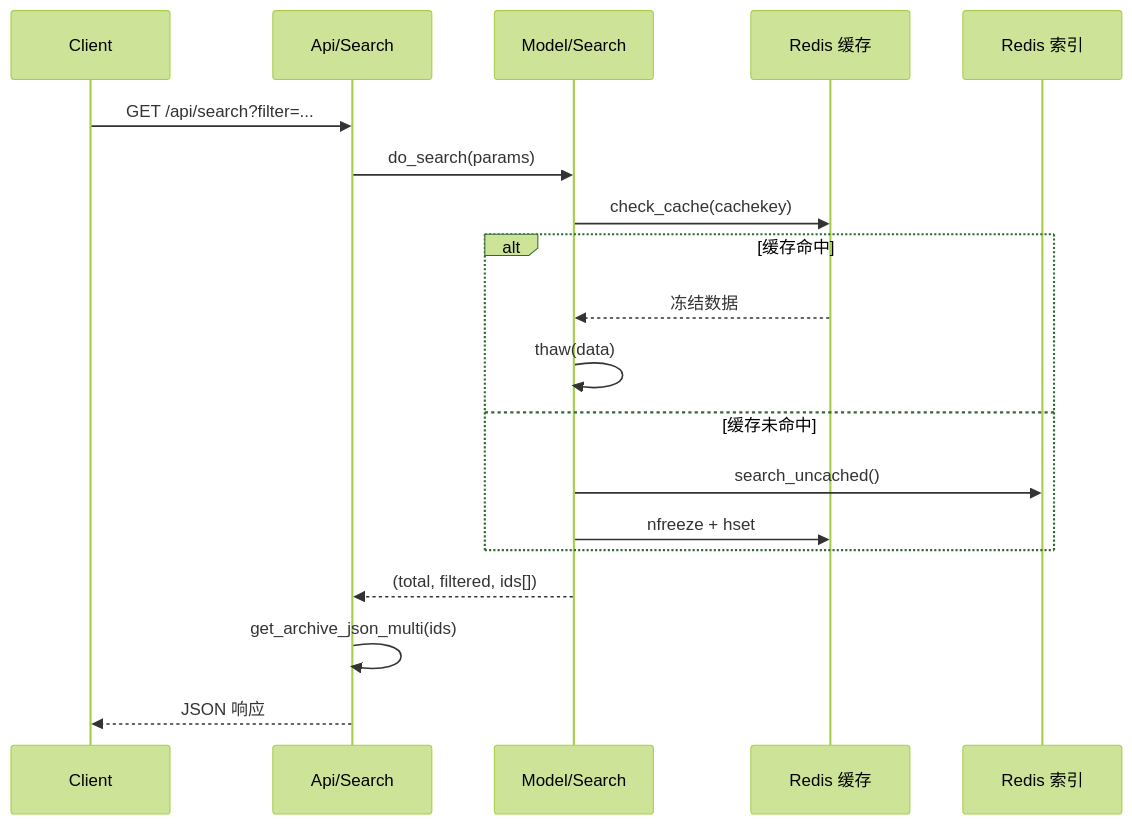
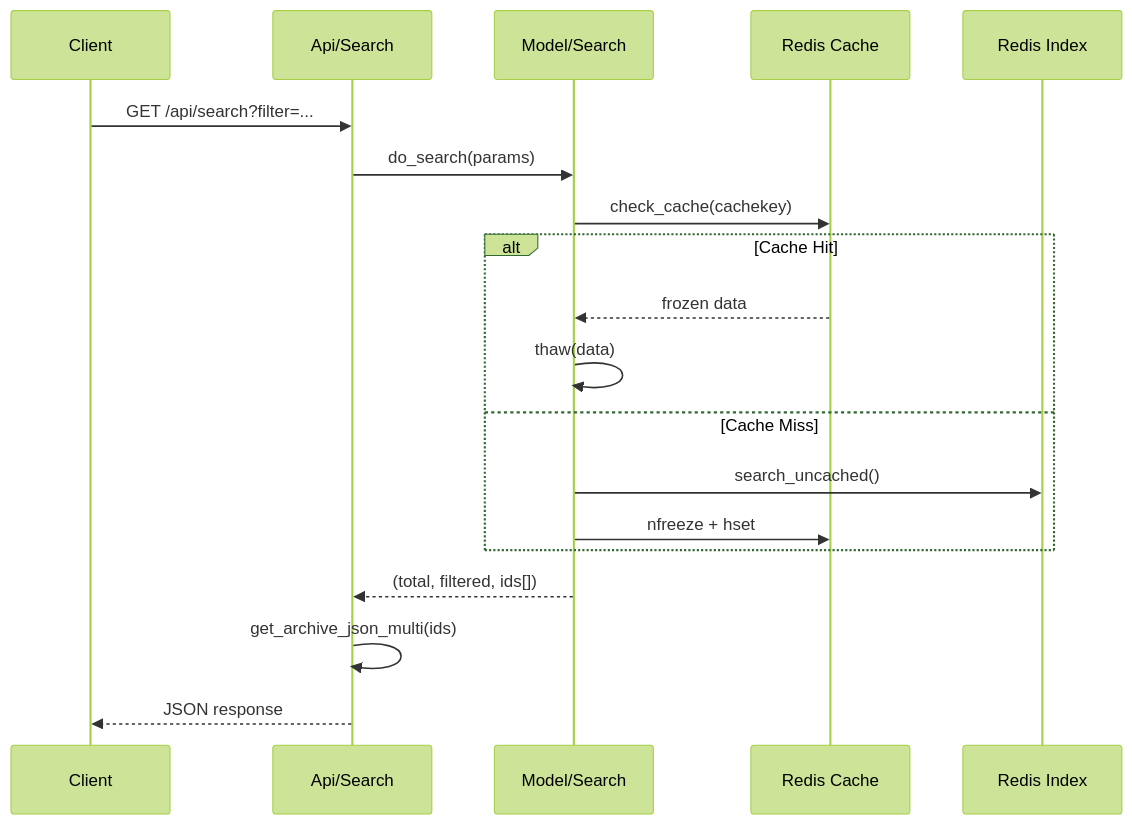
The second of 2 diagrams in docs/zh-CN/02_api.md (OborozukiNoYume/LANraragi), drawn with Mermaid (forest theme) before and after one commit. The commit also changed other lines of this file and 7 other files, not shown here.

````diff
--- a/docs/zh-CN/02_api.md
+++ b/docs/zh-CN/02_api.md
@@ -267,22 +278,22 @@
 ```mermaid
 sequenceDiagram
     participant Client
     participant Controller as Api/Search
     participant Model as Model/Search
-    participant Cache as Redis 缓存
-    participant Index as Redis 索引
+    participant Cache as Redis Cache
+    participant Index as Redis Index
     
     Client->>Controller: GET /api/search?filter=...
     Controller->>Model: do_search(params)
     Model->>Cache: check_cache(cachekey)
-    alt 缓存命中
-        Cache-->>Model: 冻结数据
+    alt Cache Hit
+        Cache-->>Model: frozen data
         Model->>Model: thaw(data)
-    else 缓存未命中
+    else Cache Miss
         Model->>Index: search_uncached()
         Model->>Cache: nfreeze + hset
     end
     Model-->>Controller: (total, filtered, ids[])
     Controller->>Controller: get_archive_json_multi(ids)
-    Controller-->>Client: JSON 响应
+    Controller-->>Client: JSON response
 ```
````
